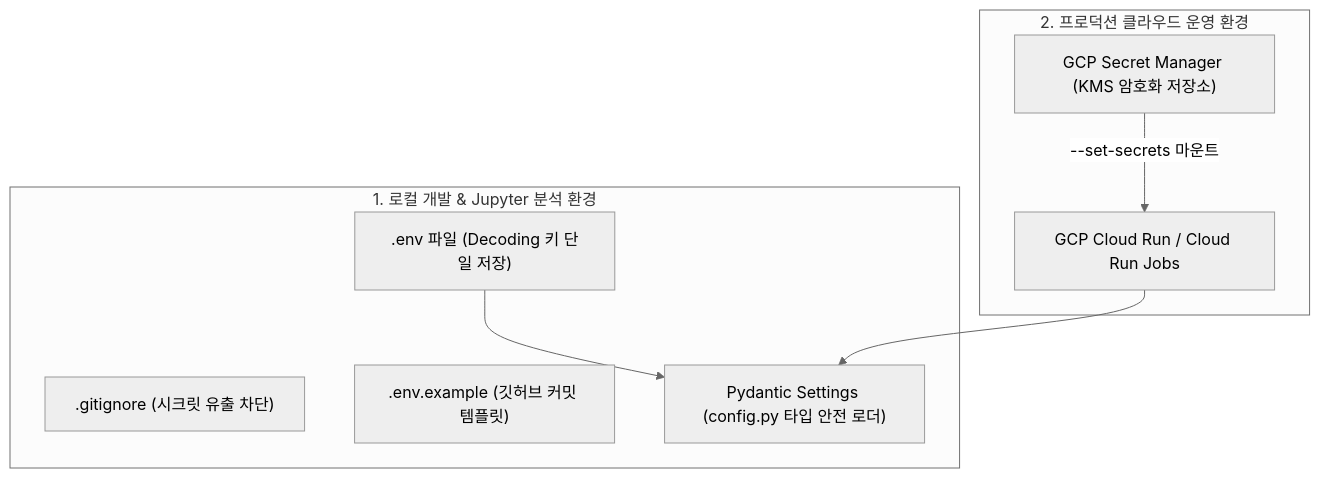
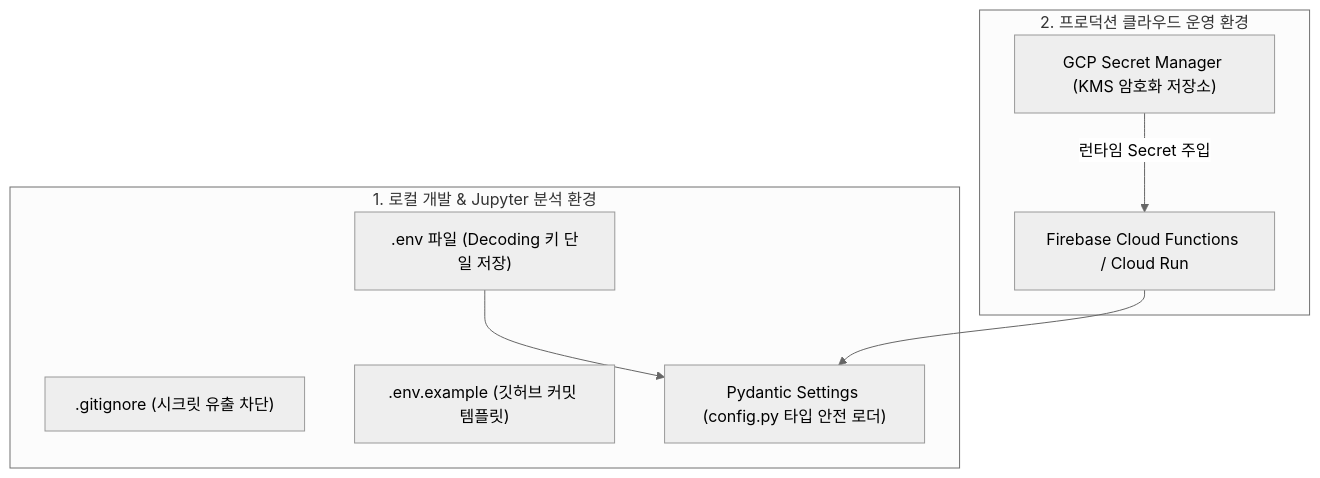
One commit to yeongsik0914/isoom changed the fourth of 14 diagrams in docs/PROJECT_PLAN.md. Above: the diagram before and after it, drawn with Mermaid (neutral theme). The commit also changed other lines of this file and 81 other files, not shown here.

Commit message:
feat: initialize core backend architecture, agents, API routes, and KTAS triage pipelines

````diff
--- a/docs/PROJECT_PLAN.md
+++ b/docs/PROJECT_PLAN.md
@@ -386,19 +395,19 @@
 ```mermaid
 flowchart TD
     subgraph Local [1. 로컬 개발 & Jupyter 분석 환경]
         GitIgnore[".gitignore (시크릿 유출 차단)"]
         EnvFile[".env 파일 (Decoding 키 단일 저장)"]
         EnvEx[".env.example (깃허브 커밋 템플릿)"]
         Pydantic["Pydantic Settings (config.py 타입 안전 로더)"]
         
         EnvFile --> Pydantic
     end
 
     subgraph GCP_Cloud [2. 프로덕션 클라우드 운영 환경]
         SecretManager["GCP Secret Manager (KMS 암호화 저장소)"]
-        CloudRun["GCP Cloud Run / Cloud Run Jobs"]
+        CloudRun["Firebase Cloud Functions / Cloud Run"]
         
-        SecretManager -->|--set-secrets 마운트| CloudRun
+        SecretManager -->|런타임 Secret 주입| CloudRun
         CloudRun --> Pydantic
     end
 ```
````
